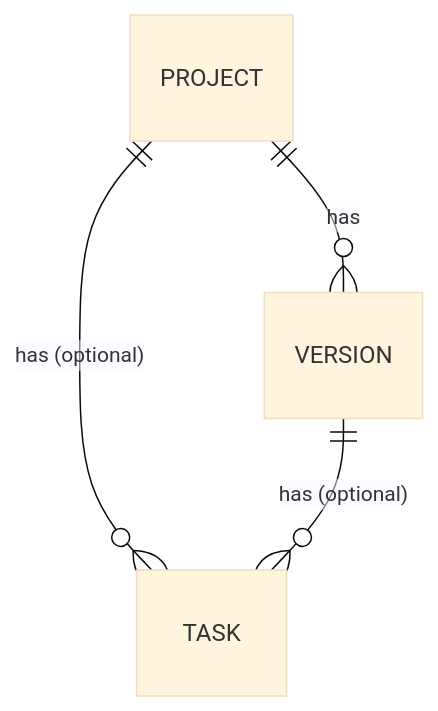
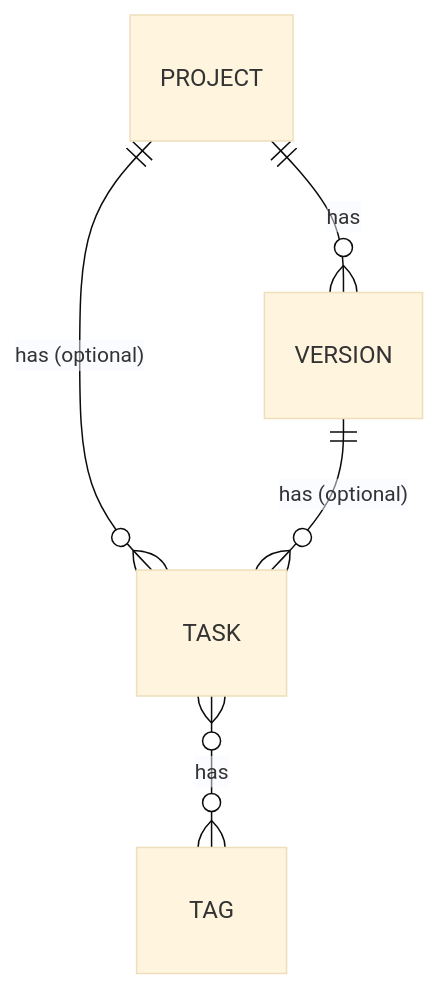
The first of 2 diagrams in docs/architecture/overview.md (David-Bambi/nexus), drawn with Mermaid (base theme) before and after one commit. The commit also changed other lines of this file and 30 other files, not shown here.

````diff
--- a/docs/architecture/overview.md
+++ b/docs/architecture/overview.md
@@ -13,6 +13,7 @@
 ```mermaid
 erDiagram
     PROJECT ||--o{ VERSION : has
     PROJECT ||--o{ TASK : "has (optional)"
     VERSION ||--o{ TASK : "has (optional)"
+    TASK }o--o{ TAG : has
 ```
````
